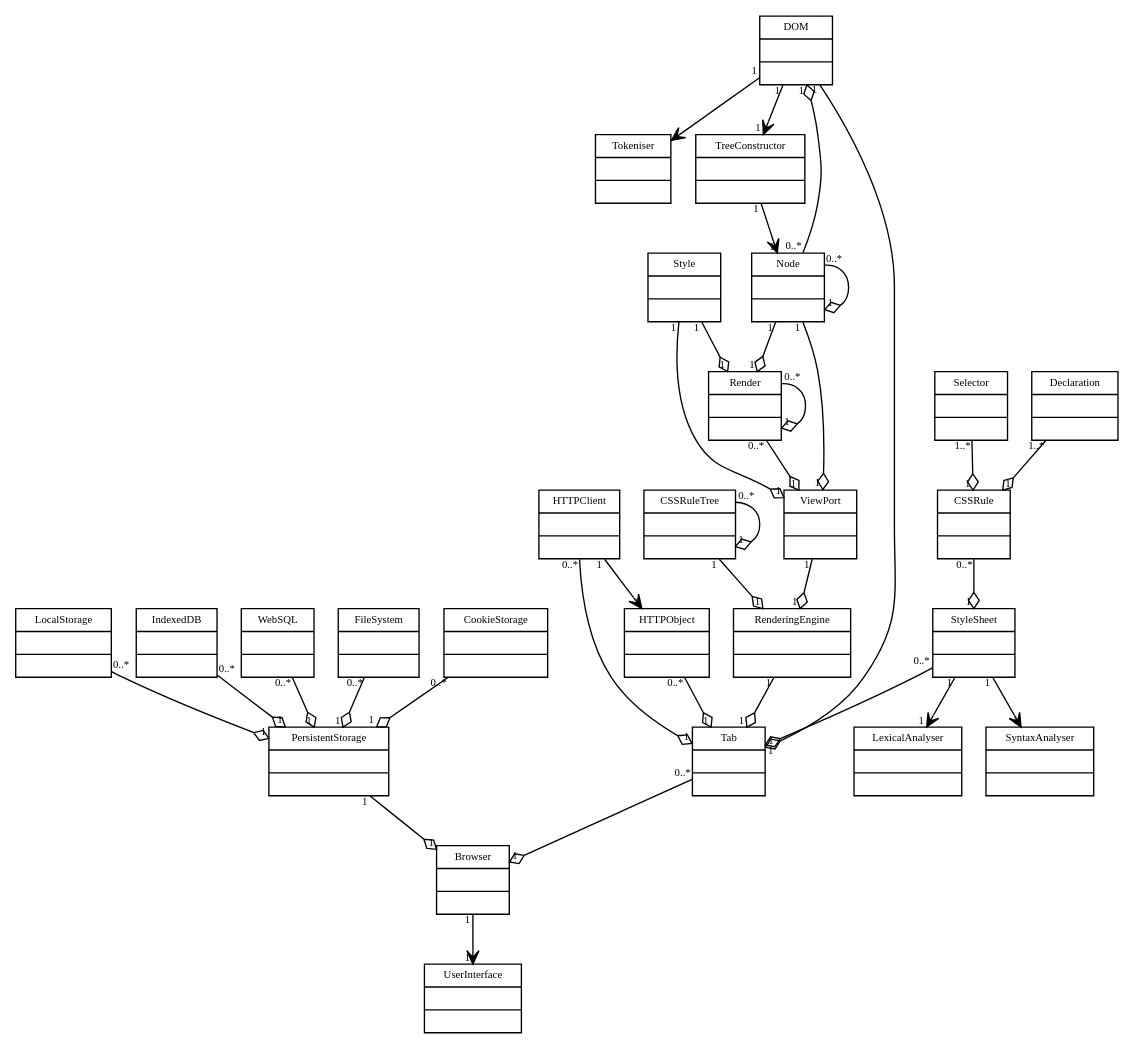
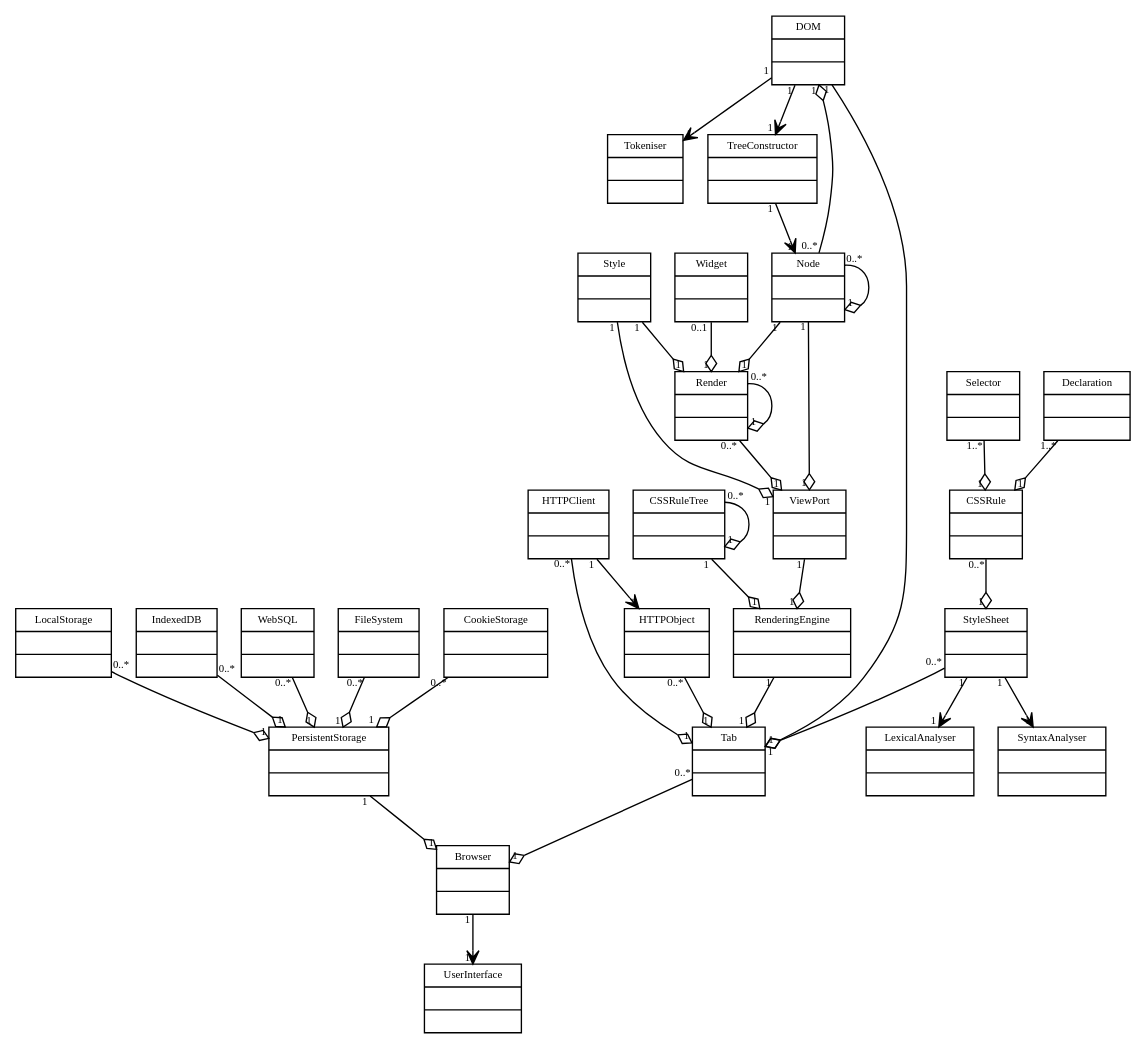
One commit to ScenarioWeekTeam/browser-uml changed the diagram in class.gv. Above: the diagram before and after it, drawn with Graphviz.

Commit message:
Add Widget object for native UI backend

```diff
--- a/class.gv
+++ b/class.gv
@@ -306,4 +306,17 @@
     Render -> ViewPort
     Render -> Render
     CSSRuleTree -> CSSRuleTree
+    
+    Widget [
+        label = "{Widget|\l|\l}"
+    ]
+    
+    edge [
+        arrowhead = "ediamond"
+        
+        headlabel = "1 "
+        taillabel = "0..1 "
+    ]
+    
+    Widget -> Render
 }
```
